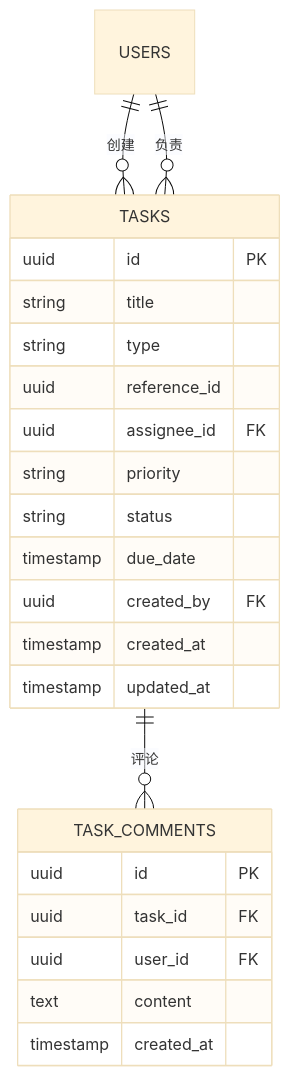
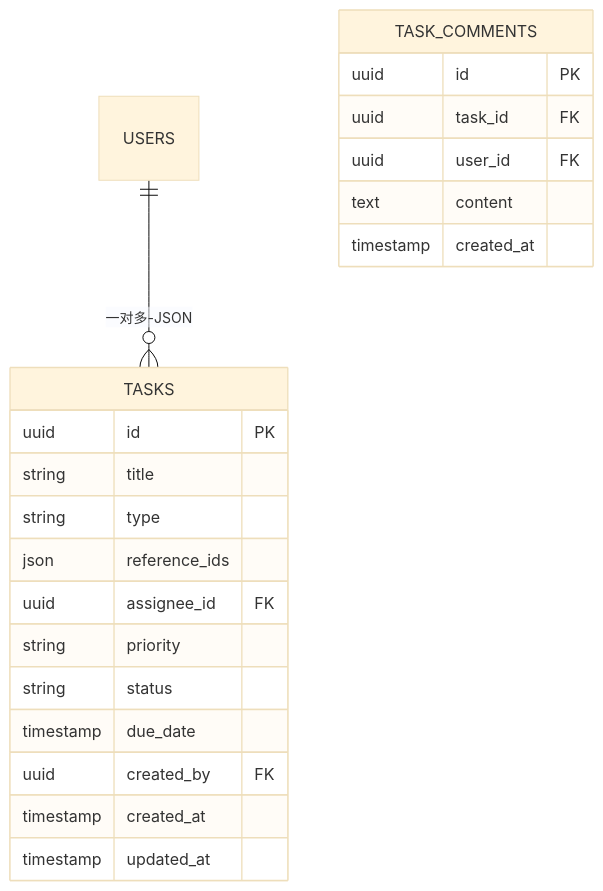
Before and after one commit to dayutech/Vuln-Audit-Lifecycle-Management: the fifth of 11 diagrams in docs/design/er_diagram.md, drawn with Mermaid (base theme). The commit also changed other lines of this file and 7 other files, not shown here.

````diff
--- a/docs/design/er_diagram.md
+++ b/docs/design/er_diagram.md
@@ -400,28 +401,26 @@
 ```mermaid
 erDiagram
-    USERS ||--o{ TASKS : "创建"
-    USERS ||--o{ TASKS : "负责"
-    TASKS ||--o{ TASK_COMMENTS : "评论"
+    USERS ||--o{ TASKS : "一对多-JSON"
     
     TASKS {
         uuid id PK
         string title
         string type
-        uuid reference_id
+        json reference_ids
         uuid assignee_id FK
         string priority
         string status
         timestamp due_date
         uuid created_by FK
         timestamp created_at
         timestamp updated_at
     }
     
     TASK_COMMENTS {
         uuid id PK
         uuid task_id FK
         uuid user_id FK
         text content
         timestamp created_at
     }
 ```
````
